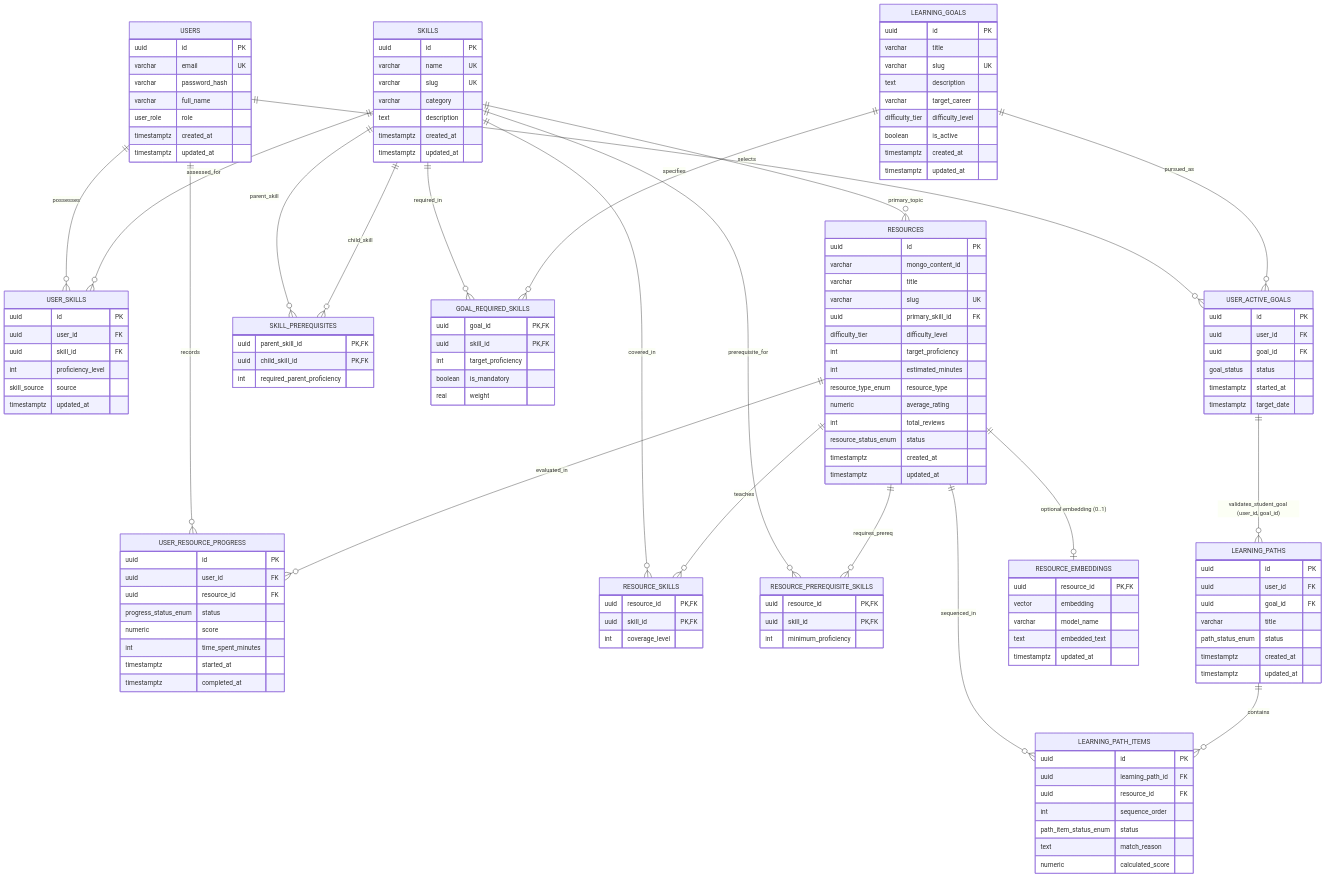
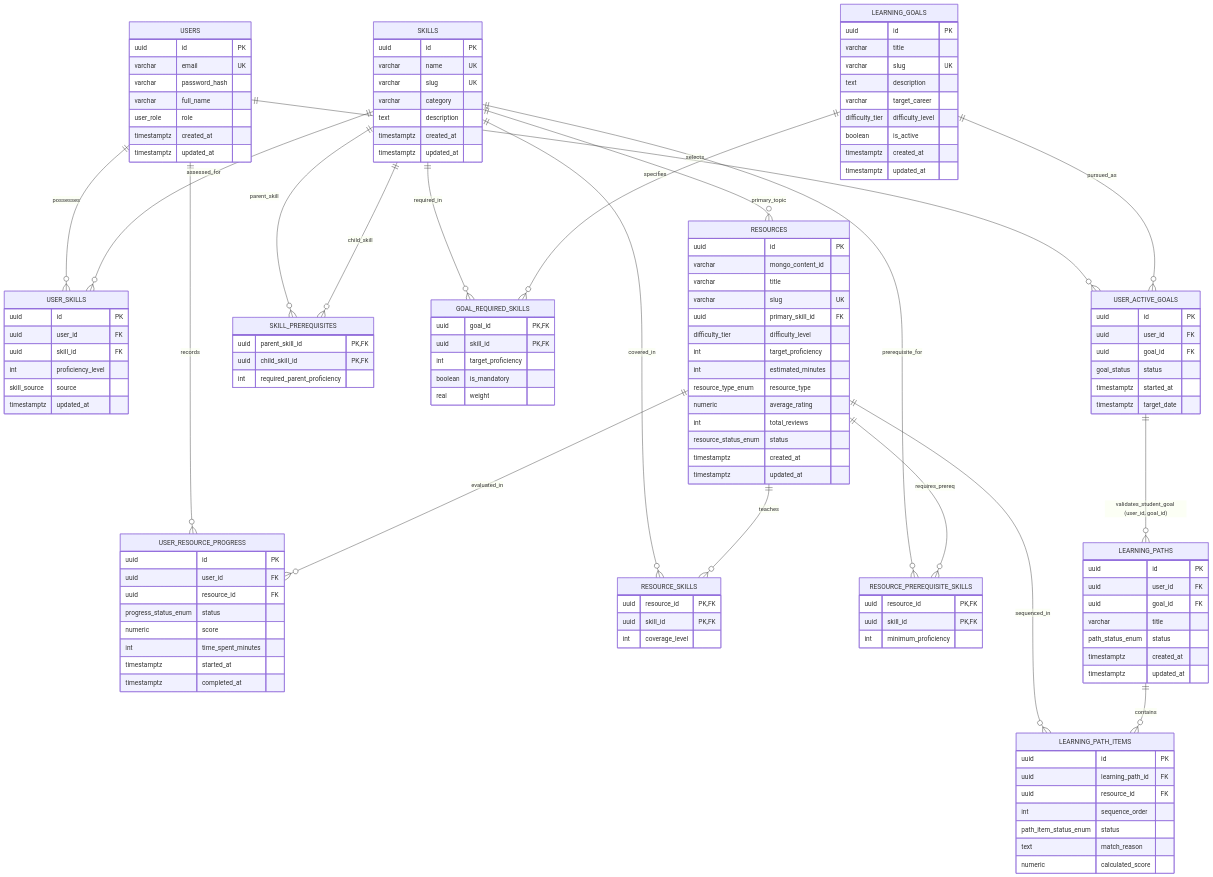
Before and after one commit to Srujanakenche/DBMS_MINI_PROJECT: the diagram in docs/architecture/DATABASE_SCHEMA.md, drawn with Mermaid. The commit also changed other lines of this file and 14 other files, not shown here.

```diff
--- a/docs/architecture/DATABASE_SCHEMA.md
+++ b/docs/architecture/DATABASE_SCHEMA.md
@@ -28,7 +23,6 @@
 
     USER_ACTIVE_GOALS ||--o{ LEARNING_PATHS : "validates_student_goal (user_id, goal_id)"
 
-    RESOURCES ||--o| RESOURCE_EMBEDDINGS : "optional embedding (0..1)"
     RESOURCES ||--o{ RESOURCE_SKILLS : teaches
     RESOURCES ||--o{ RESOURCE_PREREQUISITE_SKILLS : requires_prereq
     RESOURCES ||--o{ LEARNING_PATH_ITEMS : sequenced_in
@@ -129,14 +123,6 @@
         int minimum_proficiency
     }
 
-    RESOURCE_EMBEDDINGS {
-        uuid resource_id PK, FK
-        vector embedding
-        varchar model_name
-        text embedded_text
-        timestamptz updated_at
-    }
-
     LEARNING_PATHS {
         uuid id PK
         uuid user_id FK
```
